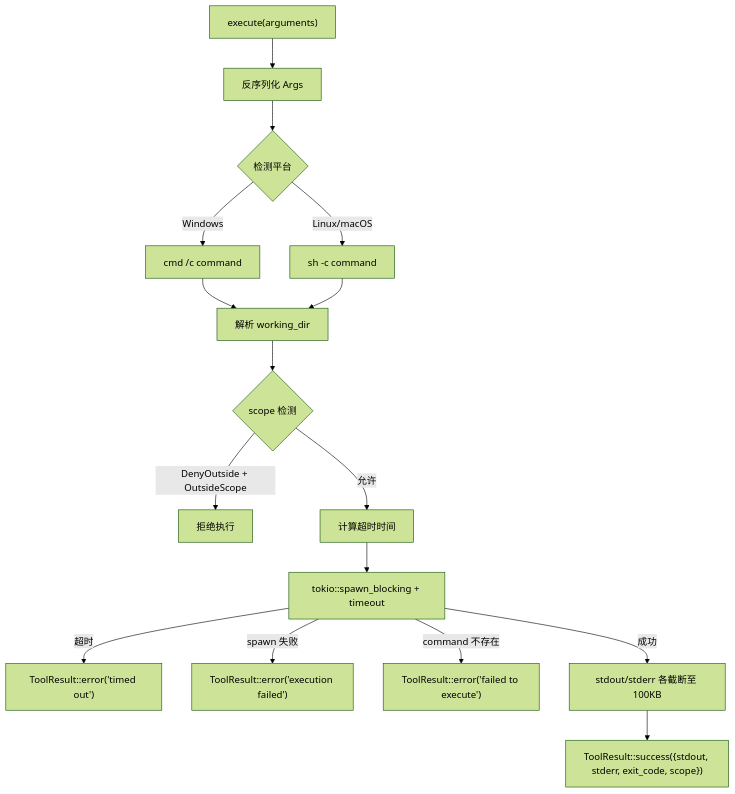
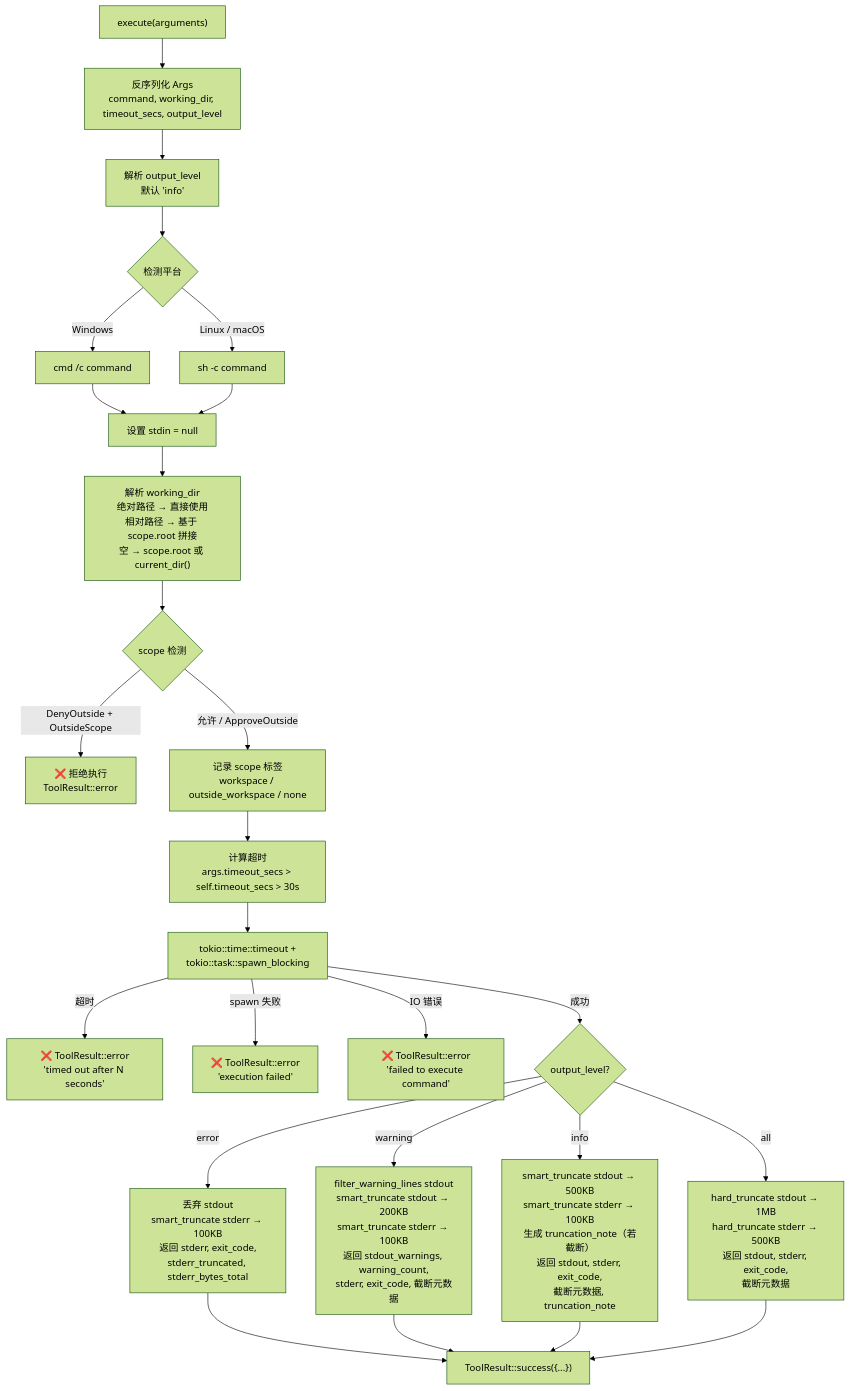
Before and after one commit to Rust-Framework/rust-agent-framework: the diagram in docs/04-tool-system/run-command-tool.md, drawn with Mermaid (forest theme). The commit also changed other lines of this file and 26 other files, not shown here.

````diff
--- a/docs/04-tool-system/run-command-tool.md
+++ b/docs/04-tool-system/run-command-tool.md
@@ -209,23 +279,37 @@
 ```mermaid
 flowchart TD
-    START["execute(arguments)"] --> DESER["反序列化 Args"]
-    DESER --> PLATFORM{"检测平台"}
-    PLATFORM -->|Windows| CMD["cmd /c command"]
-    PLATFORM -->|Linux/macOS| SH["sh -c command"]
+    START["execute(arguments)"] --> DESER["反序列化 Args<br/>command, working_dir, timeout_secs, output_level"]
+    DESER --> PARSE_LEVEL["解析 output_level<br/>默认 'info'"]
 
-    CMD --> CWD["解析 working_dir"]
-    SH --> CWD
+    PARSE_LEVEL --> PLATFORM{"检测平台"}
+    PLATFORM -->|"Windows"| CMD["cmd /c command"]
+    PLATFORM -->|"Linux / macOS"| SH["sh -c command"]
+
+    CMD --> STDIN["设置 stdin = null"]
+    SH --> STDIN
+
+    STDIN --> CWD["解析 working_dir<br/>绝对路径 → 直接使用<br/>相对路径 → 基于 scope.root 拼接<br/>空 → scope.root 或 current_dir()"]
 
     CWD --> SCOPE_CHECK{"scope 检测"}
-    SCOPE_CHECK -->|DenyOutside + OutsideScope| DENIED["拒绝执行"]
-    SCOPE_CHECK -->|允许| TIMEOUT["计算超时时间"]
+    SCOPE_CHECK -->|"DenyOutside + OutsideScope"| DENIED["❌ 拒绝执行<br/>ToolResult::error"]
+    SCOPE_CHECK -->|"允许 / ApproveOutside"| SCOPE_LABEL["记录 scope 标签<br/>workspace / outside_workspace / none"]
 
-    TIMEOUT --> SPAWN["tokio::spawn_blocking + timeout"]
+    SCOPE_LABEL --> TIMEOUT["计算超时<br/>args.timeout_secs > self.timeout_secs > 30s"]
 
-    SPAWN -->|超时| TIMEOUT_ERR["ToolResult::error('timed out')"]
-    SPAWN -->|spawn 失败| SPAWN_ERR["ToolResult::error('execution failed')"]
-    SPAWN -->|command 不存在| CMD_ERR["ToolResult::error('failed to execute')"]
-    SPAWN -->|成功| TRUNC["stdout/stderr 各截断至 100KB"]
+    TIMEOUT --> SPAWN["tokio::time::timeout +<br/>tokio::task::spawn_blocking"]
 
-    TRUNC --> SUCCESS["ToolResult::success({stdout, stderr, exit_code, scope})"]
+    SPAWN -->|"超时"| TIMEOUT_ERR["❌ ToolResult::error<br/>'timed out after N seconds'"]
+    SPAWN -->|"spawn 失败"| SPAWN_ERR["❌ ToolResult::error<br/>'execution failed'"]
+    SPAWN -->|"IO 错误"| CMD_ERR["❌ ToolResult::error<br/>'failed to execute command'"]
+    SPAWN -->|"成功"| DISPATCH{"output_level?"}
+
+    DISPATCH -->|"error"| ERR_PATH["丢弃 stdout<br/>smart_truncate stderr → 100KB<br/>返回 stderr, exit_code,<br/>stderr_truncated, stderr_bytes_total"]
+    DISPATCH -->|"warning"| WARN_PATH["filter_warning_lines stdout<br/>smart_truncate stdout → 200KB<br/>smart_truncate stderr → 100KB<br/>返回 stdout_warnings, warning_count,<br/>stderr, exit_code, 截断元数据"]
+    DISPATCH -->|"info"| INFO_PATH["smart_truncate stdout → 500KB<br/>smart_truncate stderr → 100KB<br/>生成 truncation_note（若截断）<br/>返回 stdout, stderr, exit_code,<br/>截断元数据, truncation_note"]
+    DISPATCH -->|"all"| ALL_PATH["hard_truncate stdout → 1MB<br/>hard_truncate stderr → 500KB<br/>返回 stdout, stderr, exit_code,<br/>截断元数据"]
+
+    ERR_PATH --> SUCCESS["ToolResult::success({...})"]
+    WARN_PATH --> SUCCESS
+    INFO_PATH --> SUCCESS
+    ALL_PATH --> SUCCESS
 ```
````
